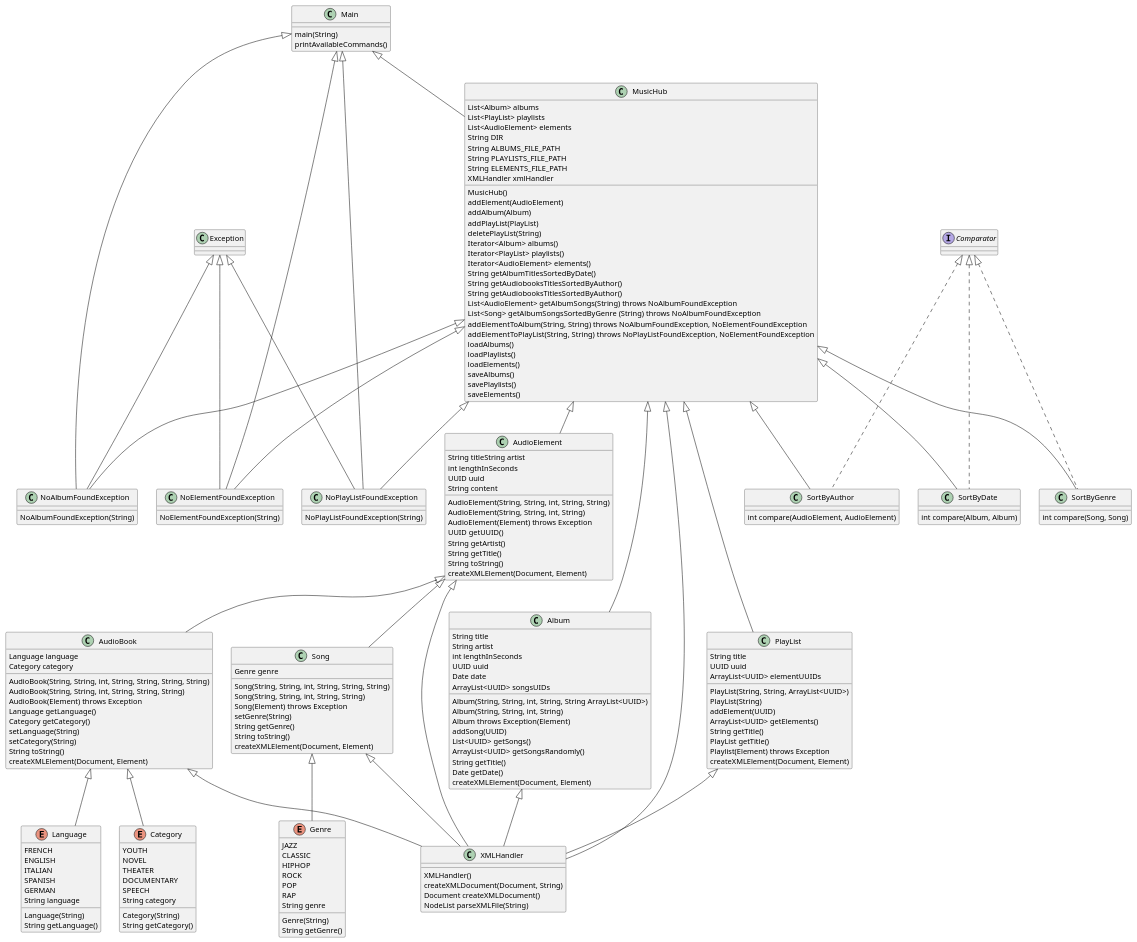
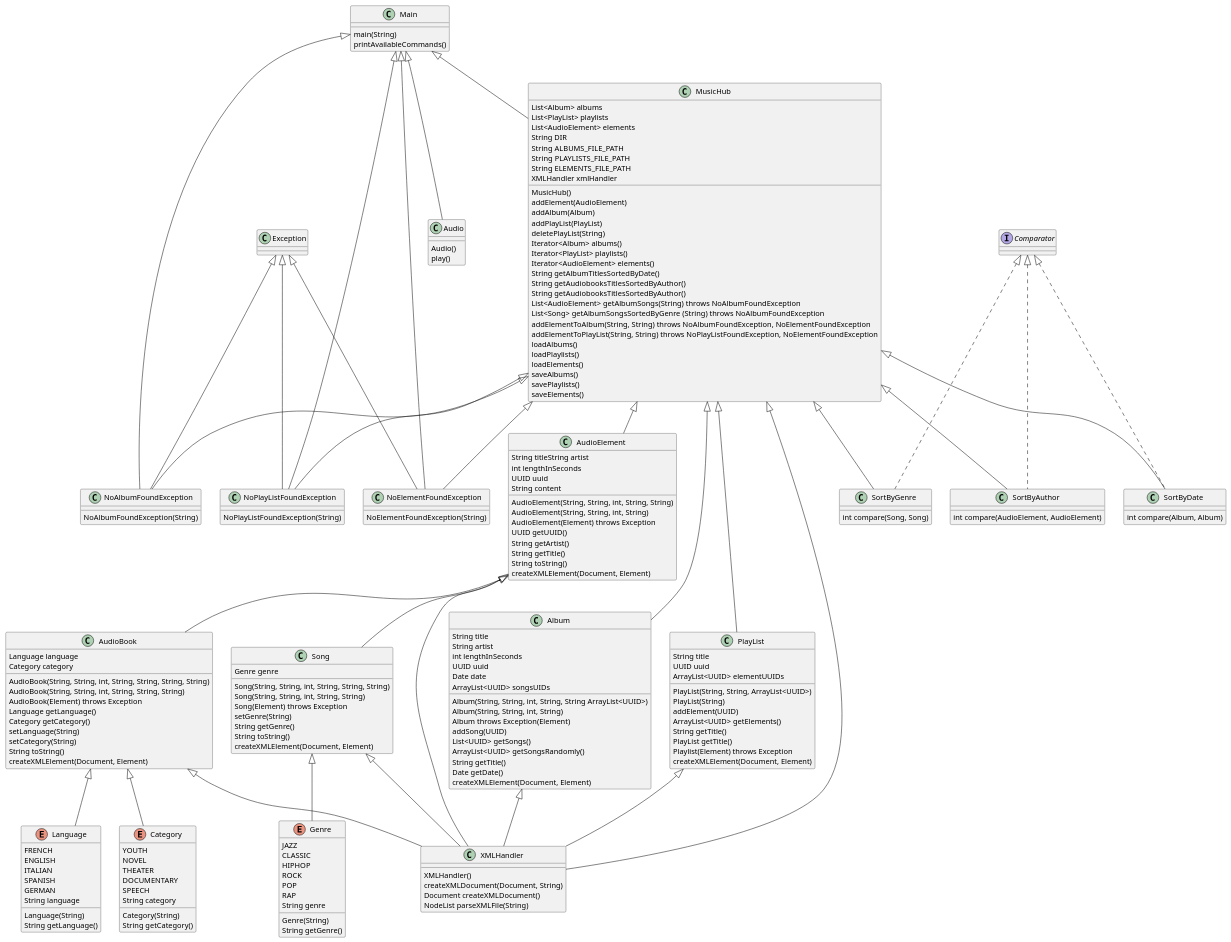
Before and after one commit to SilasXIII/jMusicHub2: the diagram in src/class UML.puml, drawn with PlantUML. The commit also changed 2 other files, not shown here.

```diff
--- a/src/class UML.puml
+++ b/src/class UML.puml
@@ -174,6 +174,11 @@
 NodeList parseXMLFile(String)
 }
 
+class Audio{
+Audio()
+play()
+}
+
 Main<|--MusicHub
 
 MusicHub<|-- Album
@@ -203,5 +208,7 @@
 PlayList<|-- XMLHandler
 Song<|-- XMLHandler
 
+Main <|-- Audio
+
 
 @enduml
```
